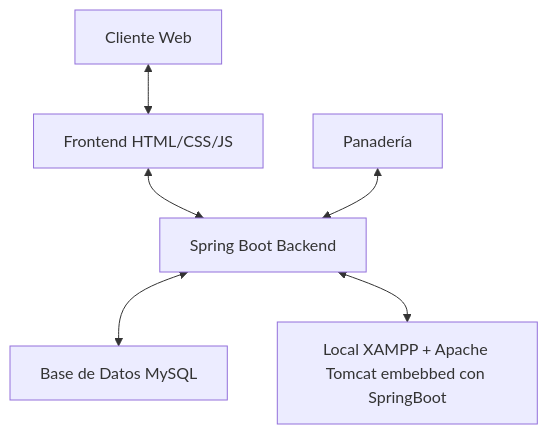
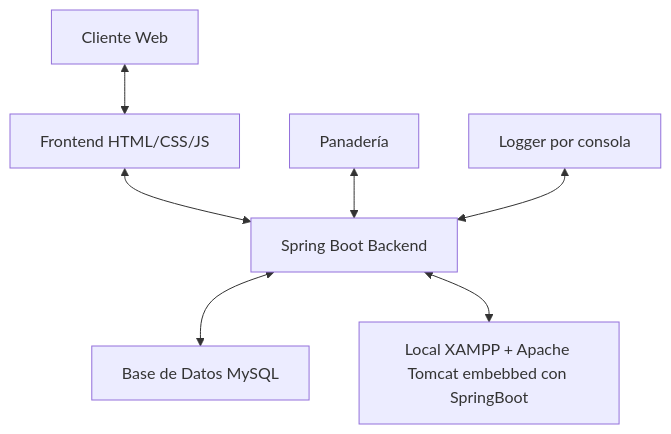
Before and after one commit to CacholoDev/PFC: the second of 3 diagrams in README.md, drawn with Mermaid. The commit also changed 1 other file, not shown here.

Commit message:
engadindo Loggers

````diff
--- a/README.md
+++ b/README.md
@@ -37,8 +37,9 @@
 ```mermaid
 graph TB
     A[Frontend HTML/CSS/JS] <--> B[Spring Boot Backend]
     B <--> C[Base de Datos MySQL]
     B <--> D[Local XAMPP + Apache Tomcat embebbed con SpringBoot]
     E[Cliente Web] <--> A
     F[Panadería] <--> B
+    G[Logger por consola] <--> B
 ```
````
